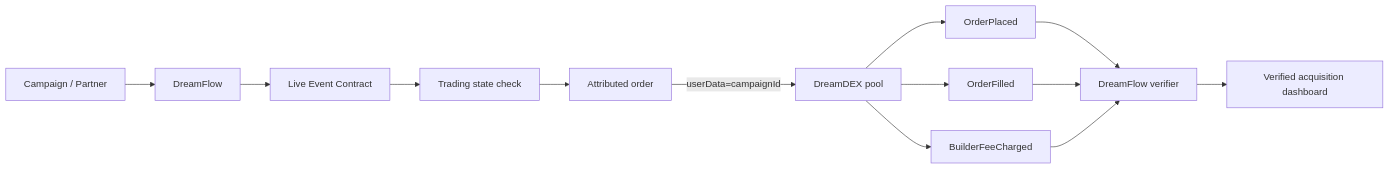
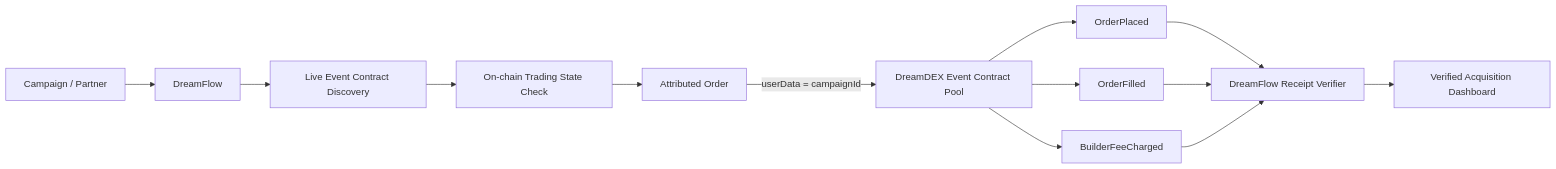
One commit to yashpunmiya/DreamFlow changed the diagram in README.md. Above: the diagram before and after it, drawn with Mermaid. The commit also changed other lines of this file, not shown here.

````diff
--- a/README.md
+++ b/README.md
@@ -67,15 +203,20 @@
 ```mermaid
 flowchart LR
-  A[Campaign / Partner] --> B[DreamFlow]
-  B --> C[Live Event Contract]
-  C --> D[Trading state check]
-  D --> E[Attributed order]
-  E -->|userData=campaignId| F[DreamDEX pool]
-  F --> G[OrderPlaced]
-  F --> H[OrderFilled]
-  F --> I[BuilderFeeCharged]
-  G --> J[DreamFlow verifier]
-  H --> J
-  I --> J
-  J --> K[Verified acquisition dashboard]
+    A[Campaign / Partner] --> B[DreamFlow]
+    B --> C[Live Event Contract Discovery]
+
+    C --> D[On-chain Trading State Check]
+    D --> E[Attributed Order]
+
+    E -->|userData = campaignId| F[DreamDEX Event Contract Pool]
+
+    F --> G[OrderPlaced]
+    F --> H[OrderFilled]
+    F --> I[BuilderFeeCharged]
+
+    G --> J[DreamFlow Receipt Verifier]
+    H --> J
+    I --> J
+
+    J --> K[Verified Acquisition Dashboard]
 ```
````
